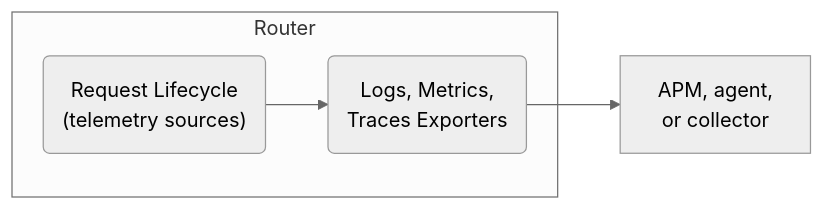
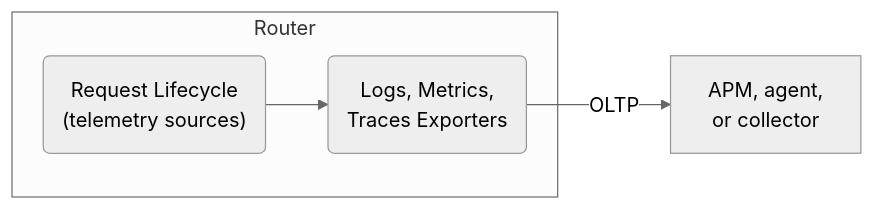
Before and after one commit to apollographql/router: the first of 4 diagrams in docs/source/routing/observability/telemetry.mdx, drawn with Mermaid (neutral theme). The commit also changed other lines of this file, not shown here.

Commit message:
Add mermaid diagrams and example configs

````diff
--- a/docs/source/routing/observability/telemetry.mdx
+++ b/docs/source/routing/observability/telemetry.mdx
@@ -23,12 +25,11 @@
 ```mermaid
 flowchart LR
     subgraph Router
     lifecycle("Request Lifecycle<br/>(telemetry sources)")
     exporters("Logs, Metrics,<br/>Traces Exporters")
     lifecycle-->exporters
     end
 
     apms["APM, agent,<br/>or collector"]
-    exporters-->apms
-
+    exporters--"OLTP"-->apms
 ```
````
